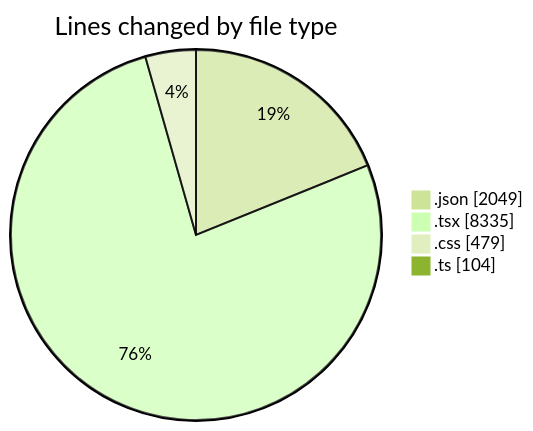
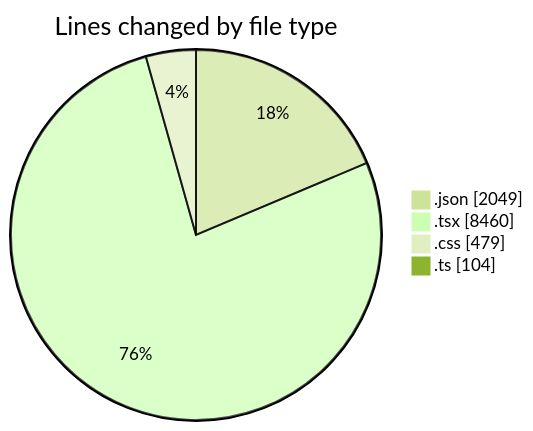
The first of 2 diagrams in 2025-08-14/ribbon/README.md (EIIisD/code-tracking), drawn with Mermaid (forest theme) before and after one commit. The commit also changed other lines of this file and 1 other file, not shown here.

````diff
--- a/2025-08-14/ribbon/README.md
+++ b/2025-08-14/ribbon/README.md
@@ -34,8 +34,8 @@
 ```mermaid
 pie showData
 title Lines changed by file type
 ".json" : 2049
-".tsx" : 8335
+".tsx" : 8460
 ".css" : 479
 ".ts" : 104
 ```
````
